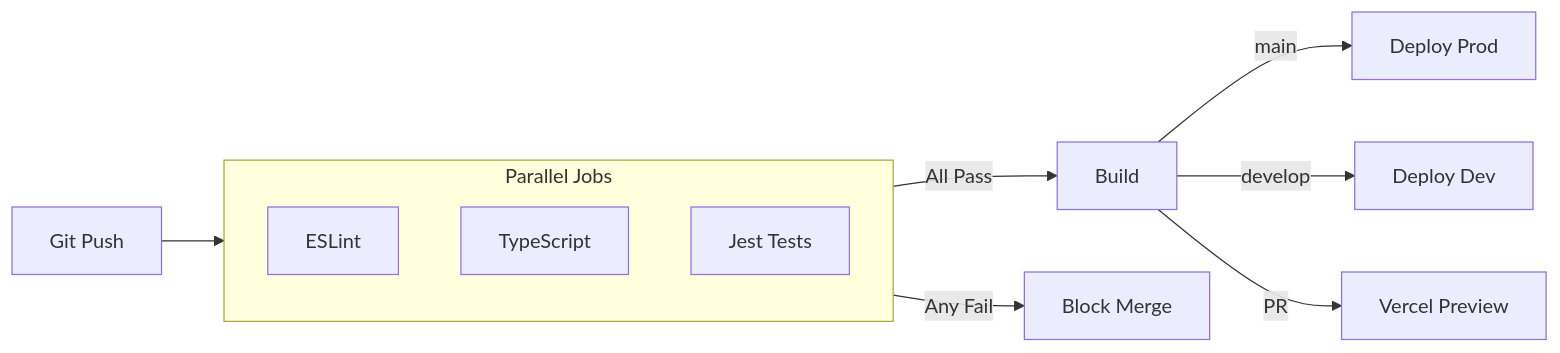
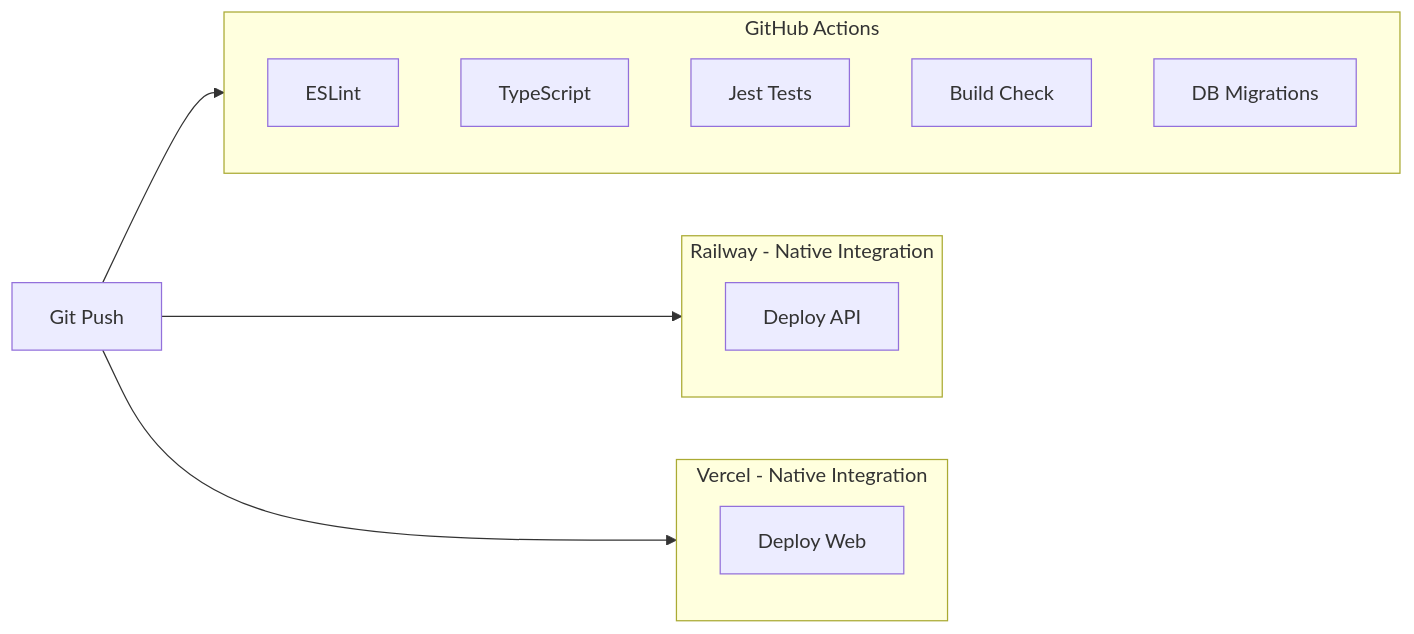
One commit to oscarjorgejorge/portafolio-xray changed the diagram in docs/DEPLOYMENT.md. Above: the diagram before and after it, drawn with Mermaid. The commit also changed other lines of this file and 1 other file, not shown here.

````diff
--- a/docs/DEPLOYMENT.md
+++ b/docs/DEPLOYMENT.md
@@ -149,17 +176,22 @@
 ```mermaid
 flowchart LR
-    Push[Git Push] --> Quality[Quality Checks]
+    Push[Git Push] --> CI[GitHub Actions CI]
+    Push --> Railway[Railway Auto-Deploy]
+    Push --> Vercel[Vercel Auto-Deploy]
     
-    subgraph Quality [Parallel Jobs]
+    subgraph CI [GitHub Actions]
         Lint[ESLint]
         TypeCheck[TypeScript]
         Test[Jest Tests]
+        Build[Build Check]
+        Migrate[DB Migrations]
     end
     
-    Quality --> |All Pass| Build[Build]
-    Quality --> |Any Fail| Block[Block Merge]
+    subgraph Railway [Railway - Native Integration]
+        API[Deploy API]
+    end
     
-    Build --> |main| Prod[Deploy Prod]
-    Build --> |develop| Dev[Deploy Dev]
-    Build --> |PR| Preview[Vercel Preview]
+    subgraph Vercel [Vercel - Native Integration]
+        Web[Deploy Web]
+    end
 ```
````
